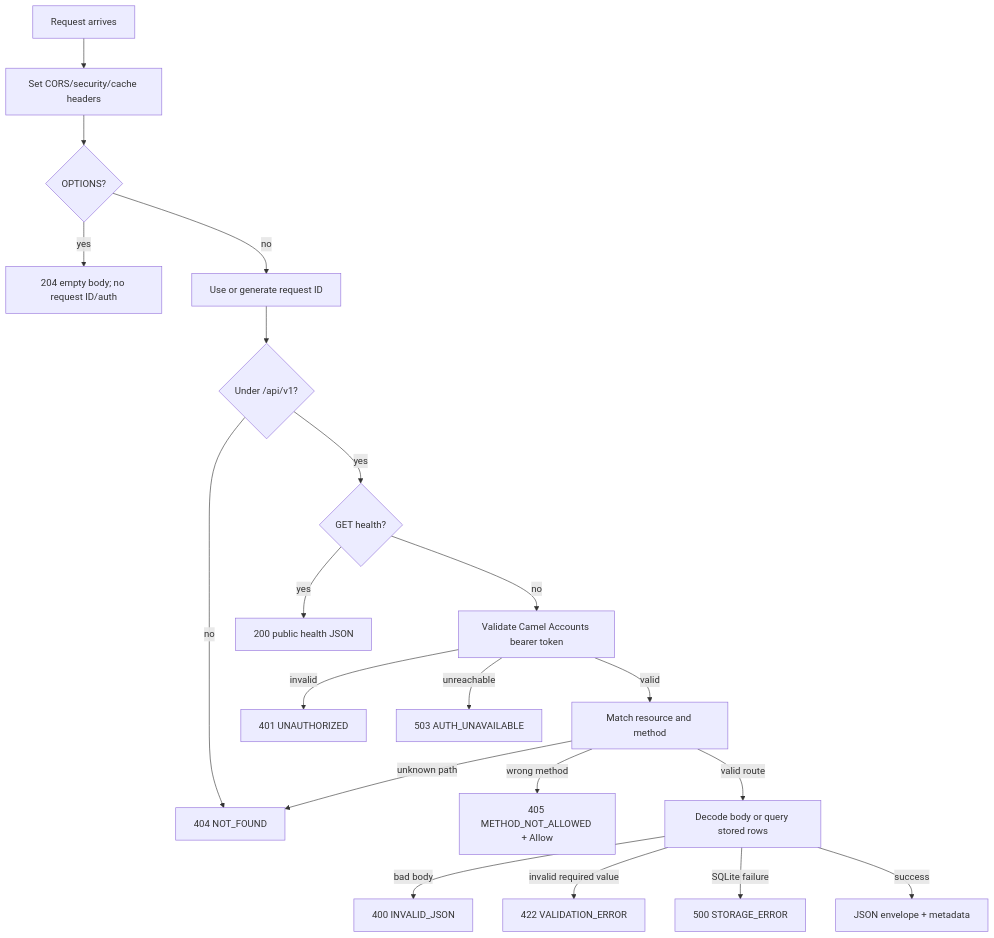
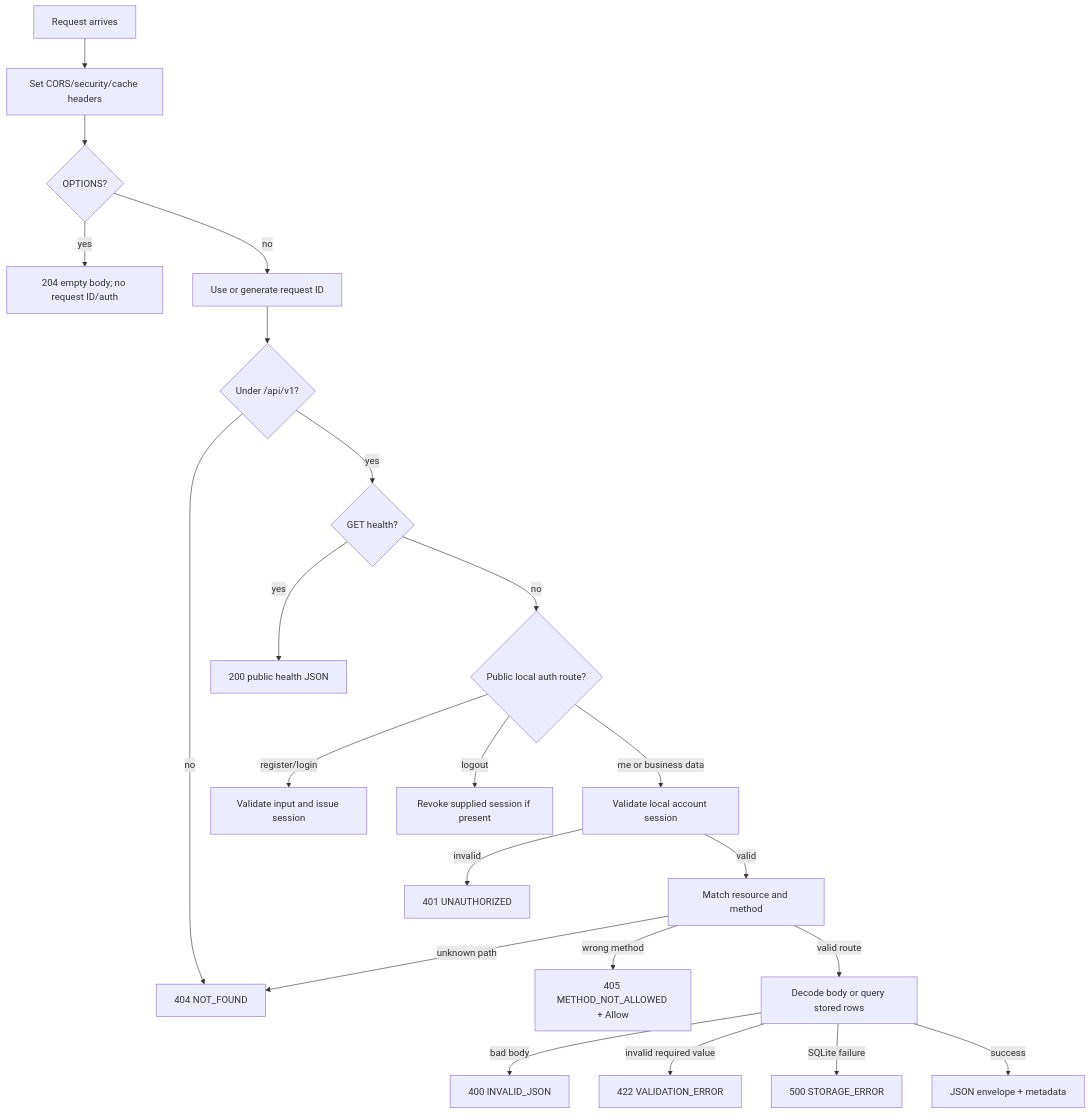
One commit to troubleman96/simamia-opensource changed the diagram in docs-site/app/operations/http-behavior/page.mdx. Above: the diagram before and after it, drawn with Mermaid. The commit also changed other lines of this file and 53 other files, not shown here.

Commit message:
feat: replace Camel auth with local accounts

````diff
--- a/docs-site/app/operations/http-behavior/page.mdx
+++ b/docs-site/app/operations/http-behavior/page.mdx
@@ -95,22 +98,24 @@
 ```mermaid
 flowchart TD
   Start[Request arrives] --> Cors[Set CORS/security/cache headers]
   Cors --> Option{OPTIONS?}
   Option -->|yes| NoContent[204 empty body; no request ID/auth]
   Option -->|no| RequestId[Use or generate request ID]
   RequestId --> ApiPath{Under /api/v1?}
   ApiPath -->|no| NotFound[404 NOT_FOUND]
   ApiPath -->|yes| Health{GET health?}
   Health -->|yes| HealthResult[200 public health JSON]
-  Health -->|no| Bearer[Validate Camel Accounts bearer token]
+  Health -->|no| AuthRoute{Public local auth route?}
+  AuthRoute -->|register/login| CreateSession[Validate input and issue session]
+  AuthRoute -->|logout| RevokeSession[Revoke supplied session if present]
+  AuthRoute -->|me or business data| Bearer[Validate local account session]
   Bearer -->|invalid| Unauthorized[401 UNAUTHORIZED]
-  Bearer -->|unreachable| Unavailable[503 AUTH_UNAVAILABLE]
   Bearer -->|valid| Match[Match resource and method]
   Match -->|unknown path| NotFound
   Match -->|wrong method| Method[405 METHOD_NOT_ALLOWED + Allow]
   Match -->|valid route| BodyOrRead[Decode body or query stored rows]
   BodyOrRead -->|bad body| Invalid[400 INVALID_JSON]
   BodyOrRead -->|invalid required value| Validation[422 VALIDATION_ERROR]
   BodyOrRead -->|SQLite failure| Storage[500 STORAGE_ERROR]
   BodyOrRead -->|success| Result[JSON envelope + metadata]
 ```
````
